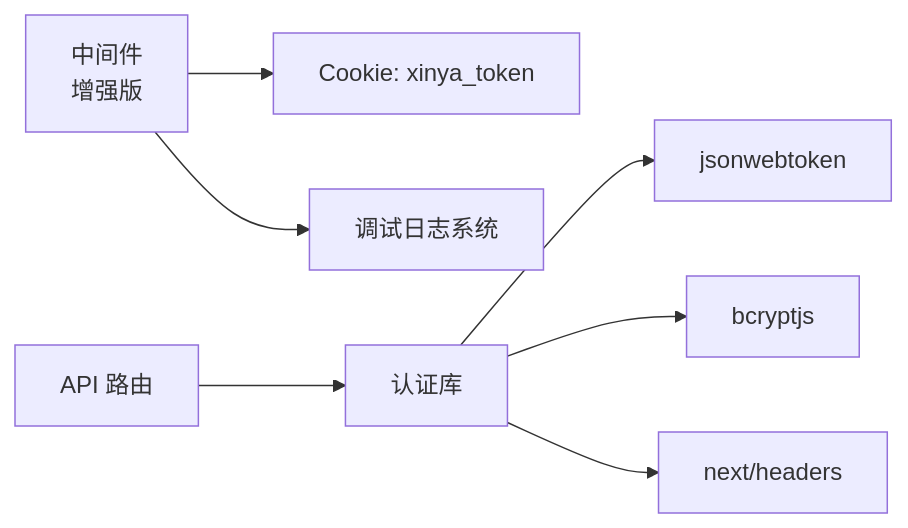
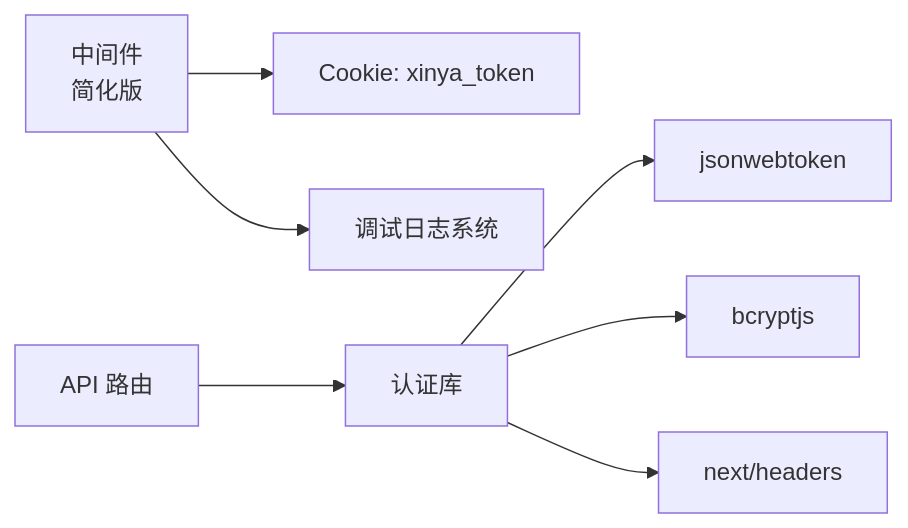
One commit to kangkang919/xinya changed the seventh of 7 diagrams in .qoder/repowiki/zh/content/用户认证系统/认证中间件.md. Above: the diagram before and after it, drawn with Mermaid. The commit also changed other lines of this file and 37 other files, not shown here.

````diff
--- a/.qoder/repowiki/zh/content/用户认证系统/认证中间件.md
+++ b/.qoder/repowiki/zh/content/用户认证系统/认证中间件.md
@@ -348,9 +336,9 @@
 ```mermaid
 graph LR
-MW["中间件<br/>增强版"] --> C["Cookie: xinya_token"]
+MW["中间件<br/>简化版"] --> C["Cookie: xinya_token"]
 MW --> DL["调试日志系统"]
 API["API 路由"] --> AL["认证库"]
 AL --> JWT["jsonwebtoken"]
 AL --> BC["bcryptjs"]
 AL --> H["next/headers"]
 ```
````
